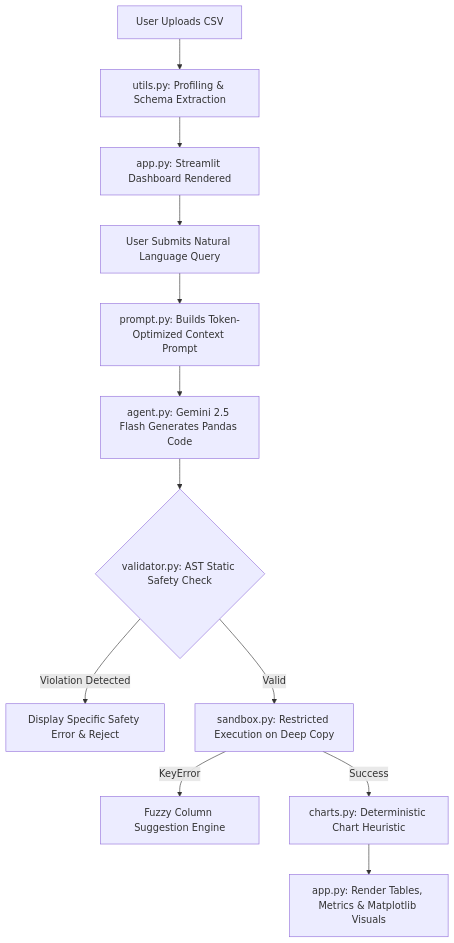
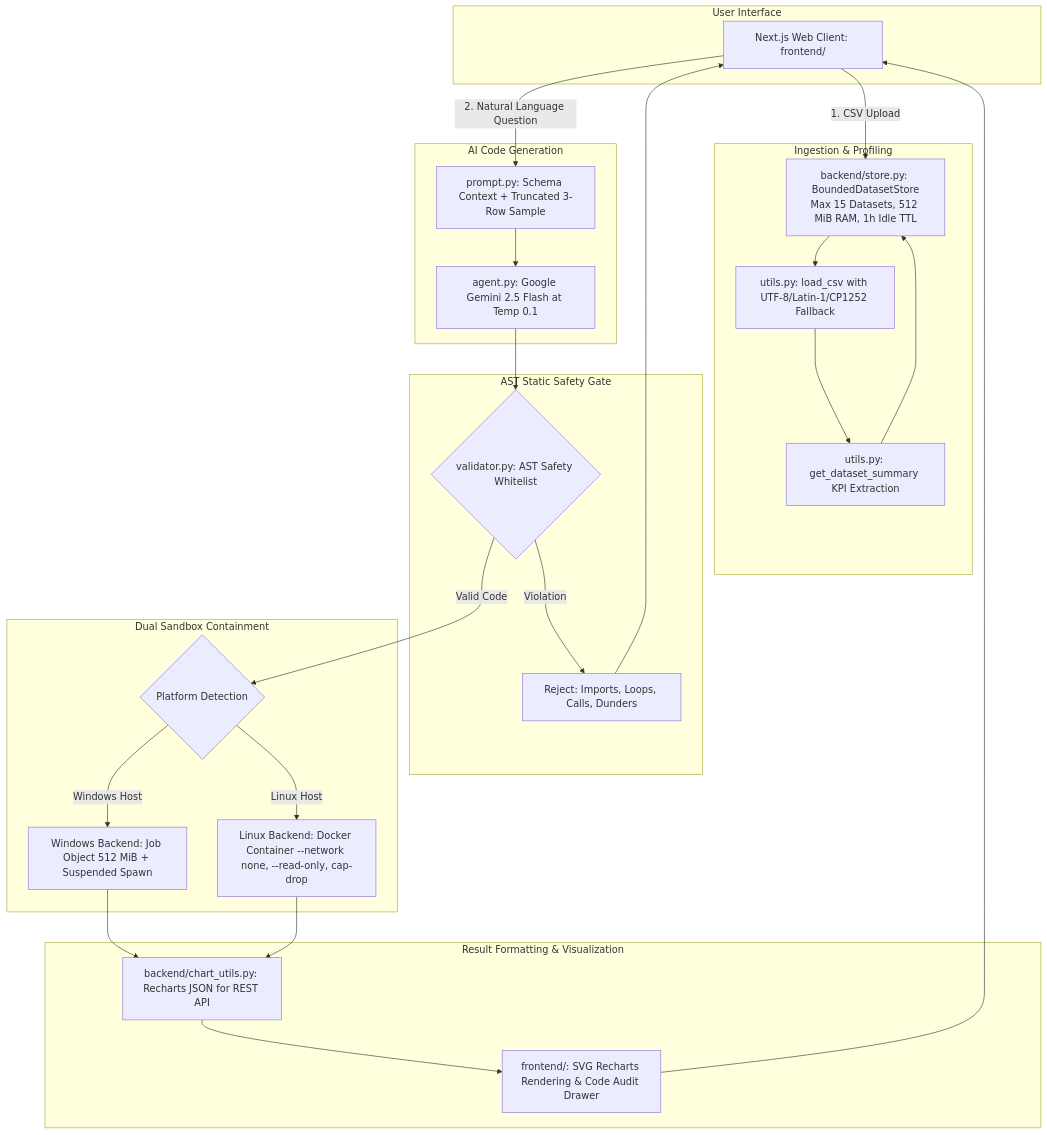
The diagram in README.md (Aashi0105/Ai-data-analyst-agent), drawn with Mermaid before and after one commit. The commit also changed other lines of this file and 15 other files, not shown here.

````diff
--- a/README.md
+++ b/README.md
@@ -28,14 +35,41 @@
 ```mermaid
 flowchart TD
-    A[User Uploads CSV] --> B[utils.py: Profiling & Schema Extraction]
-    B --> C[app.py: Streamlit Dashboard Rendered]
-    C --> D[User Submits Natural Language Query]
-    D --> E[prompt.py: Builds Token-Optimized Context Prompt]
-    E --> F[agent.py: Gemini 2.5 Flash Generates Pandas Code]
-    F --> G{validator.py: AST Static Safety Check}
-    G -- Violation Detected --> H[Display Specific Safety Error & Reject]
-    G -- Valid --> I[sandbox.py: Restricted Execution on Deep Copy]
-    I -- KeyError --> J[Fuzzy Column Suggestion Engine]
-    I -- Success --> K[charts.py: Deterministic Chart Heuristic]
-    K --> L[app.py: Render Tables, Metrics & Matplotlib Visuals]
+    subgraph Clients [User Interface]
+        C1[Next.js Web Client: frontend/]
+    end
+
+    subgraph Admission [Ingestion & Profiling]
+        U1[utils.py: load_csv with UTF-8/Latin-1/CP1252 Fallback]
+        U2[utils.py: get_dataset_summary KPI Extraction]
+        S1[backend/store.py: BoundedDatasetStore<br/>Max 15 Datasets, 512 MiB RAM, 1h Idle TTL]
+    end
+
+    subgraph Reasoning [AI Code Generation]
+        P1[prompt.py: Schema Context + Truncated 3-Row Sample]
+        A1[agent.py: Google Gemini 2.5 Flash at Temp 0.1]
+    end
+
+    subgraph Security [AST Static Safety Gate]
+        V1{validator.py: AST Safety Whitelist}
+        V2[Reject: Imports, Loops, Calls, Dunders]
+    end
+
+    subgraph Containment [Dual Sandbox Containment]
+        SB{Platform Detection}
+        W1[Windows Backend: Job Object 512 MiB + Suspended Spawn]
+        L1[Linux Backend: Docker Container --network none, --read-only, cap-drop]
+    end
+
+    subgraph Output [Result Formatting & Visualization]
+        O1[backend/chart_utils.py: Recharts JSON for REST API]
+        O2[frontend/: SVG Recharts Rendering & Code Audit Drawer]
+    end
+
+    C1 -->|1. CSV Upload| S1 --> U1 --> U2 --> S1
+    C1 -->|2. Natural Language Question| P1 --> A1 --> V1
+    V1 -- Violation --> V2 --> C1
+    V1 -- Valid Code --> SB
+    SB -- Windows Host --> W1
+    SB -- Linux Host --> L1
+    W1 & L1 --> O1 --> O2 --> C1
 ```
````
